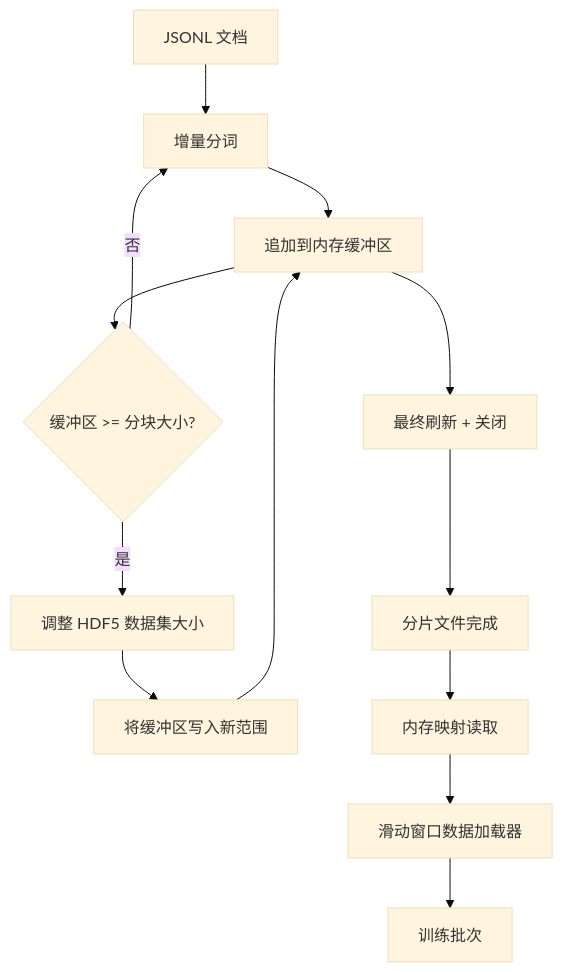
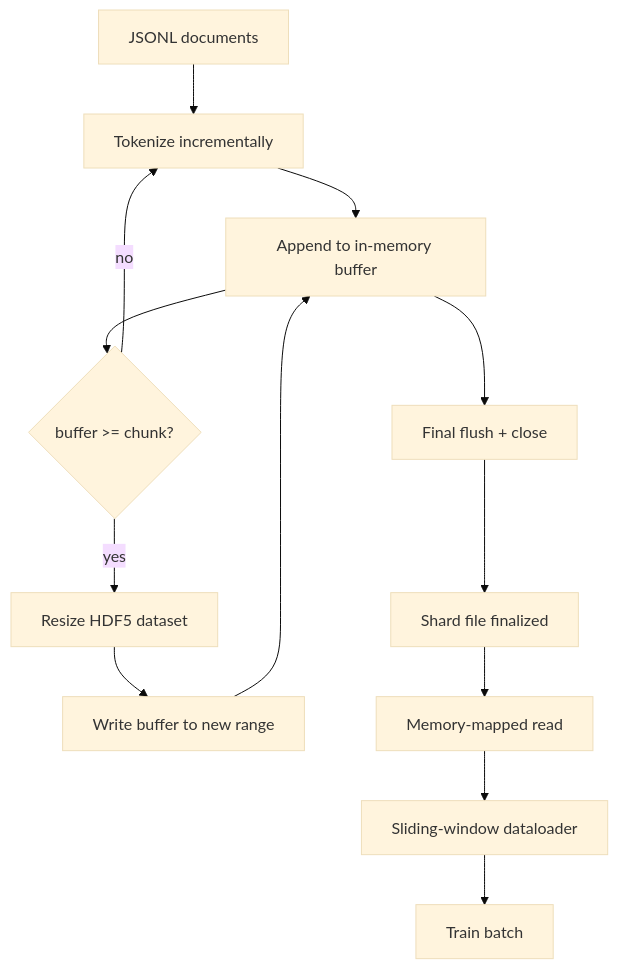
Before and after one commit to xiaojiaenen/ai-engineering-from-scratch-zh: the diagram in i18n/zh/phases/19-capstone-projects/43-hdf5-tokenized-corpus/docs/zh.md, drawn with Mermaid (base theme). The commit also changed other lines of this file and 85 other files, not shown here.

````diff
--- a/i18n/zh/phases/19-capstone-projects/43-hdf5-tokenized-corpus/docs/zh.md
+++ b/i18n/zh/phases/19-capstone-projects/43-hdf5-tokenized-corpus/docs/zh.md
@@ -27,15 +27,15 @@
 ```mermaid
 flowchart TD
-  JSONL[JSONL 文档] --> Tokenize[增量分词]
-  Tokenize --> Buffer[追加到内存缓冲区]
-  Buffer --> Flush{缓冲区 >= 分块大小?}
-  Flush -- 否 --> Tokenize
-  Flush -- 是 --> Resize[调整 HDF5 数据集大小]
-  Resize --> Write[将缓冲区写入新范围]
+  JSONL[JSONL documents] --> Tokenize[Tokenize incrementally]
+  Tokenize --> Buffer[Append to in-memory buffer]
+  Buffer --> Flush{buffer >= chunk?}
+  Flush -- no --> Tokenize
+  Flush -- yes --> Resize[Resize HDF5 dataset]
+  Resize --> Write[Write buffer to new range]
   Write --> Buffer
-  Buffer --> Close[最终刷新 + 关闭]
-  Close --> ShardDone[分片文件完成]
-  ShardDone --> MMapRead[内存映射读取]
-  MMapRead --> Window[滑动窗口数据加载器]
-  Window --> Train[训练批次]
+  Buffer --> Close[Final flush + close]
+  Close --> ShardDone[Shard file finalized]
+  ShardDone --> MMapRead[Memory-mapped read]
+  MMapRead --> Window[Sliding-window dataloader]
+  Window --> Train[Train batch]
 ```
````
